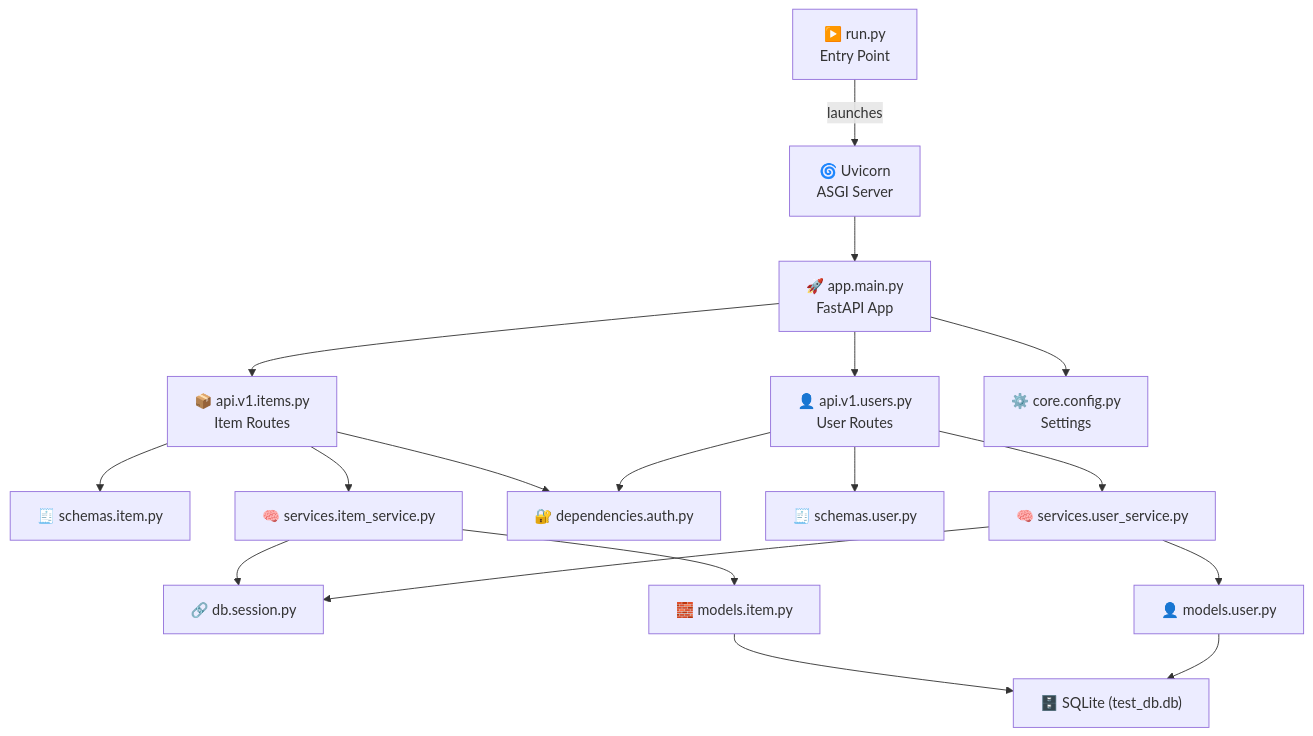
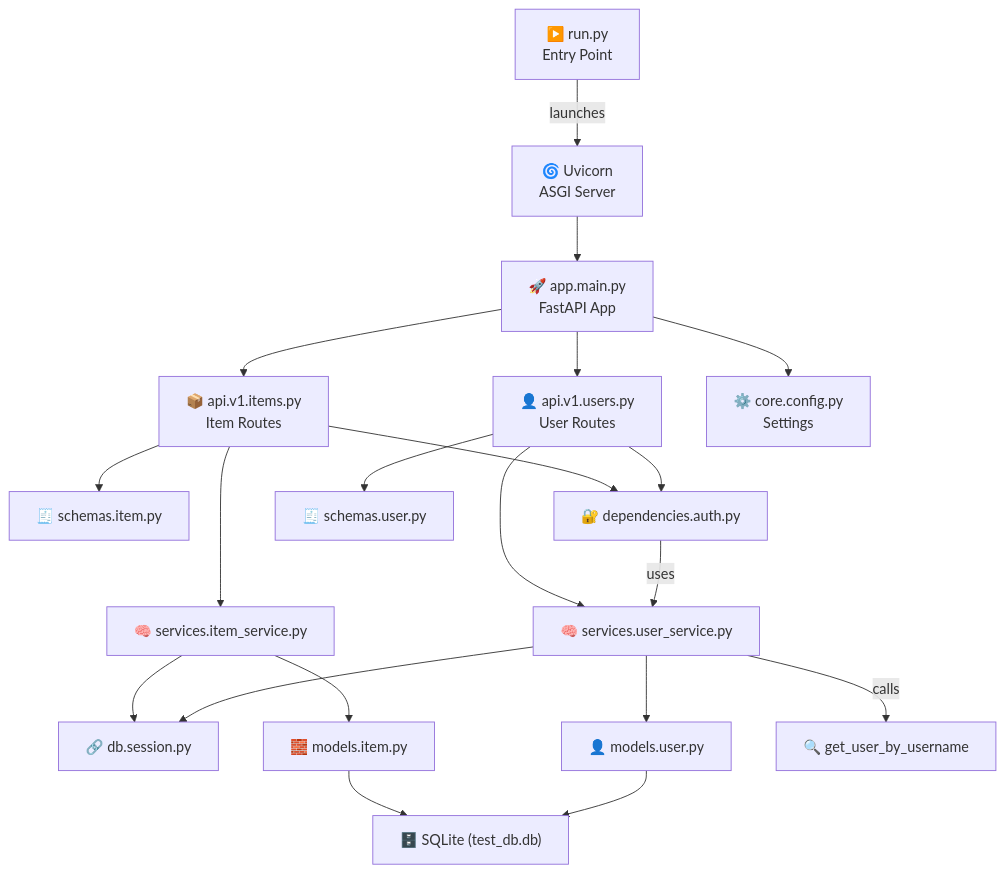
One commit to berserkhmdvhb/fastapi-template-dev changed the first of 2 diagrams in README.md. Above: the diagram before and after it, drawn with Mermaid. The commit also changed other lines of this file, not shown here.

````diff
--- a/README.md
+++ b/README.md
@@ -52,29 +52,33 @@
 ```mermaid
 graph TD
     Run["▶️ run.py<br/>Entry Point"] -->|launches| Uvicorn["🌀 Uvicorn<br/>ASGI Server"]
     Uvicorn --> AppMain["🚀 app.main.py<br/>FastAPI App"]
 
     %% App Layer
     AppMain --> ItemRouter["📦 api.v1.items.py<br/>Item Routes"]
     AppMain --> UserRouter["👤 api.v1.users.py<br/>User Routes"]
     AppMain --> Settings["⚙️ core.config.py<br/>Settings"]
 
     %% Routers
     ItemRouter --> ItemSchemas["🧾 schemas.item.py"]
     ItemRouter --> ItemService["🧠 services.item_service.py"]
     ItemRouter --> Auth["🔐 dependencies.auth.py"]
 
     UserRouter --> UserSchemas["🧾 schemas.user.py"]
     UserRouter --> UserService["🧠 services.user_service.py"]
     UserRouter --> Auth
 
     %% Services to DB
     ItemService --> Session["🔗 db.session.py"]
     UserService --> Session
 
     ItemService --> ItemModel["🧱 models.item.py"]
     UserService --> UserModel["👤 models.user.py"]
 
     ItemModel --> DB["🗄️ SQLite (test_db.db)"]
     UserModel --> DB
+
+    %% New user retrieval flow
+    Auth -->|uses| UserService["🧠 services.user_service.py"]
+    UserService -->|calls| get_user_by_username["🔍 get_user_by_username"]
 ```
````
